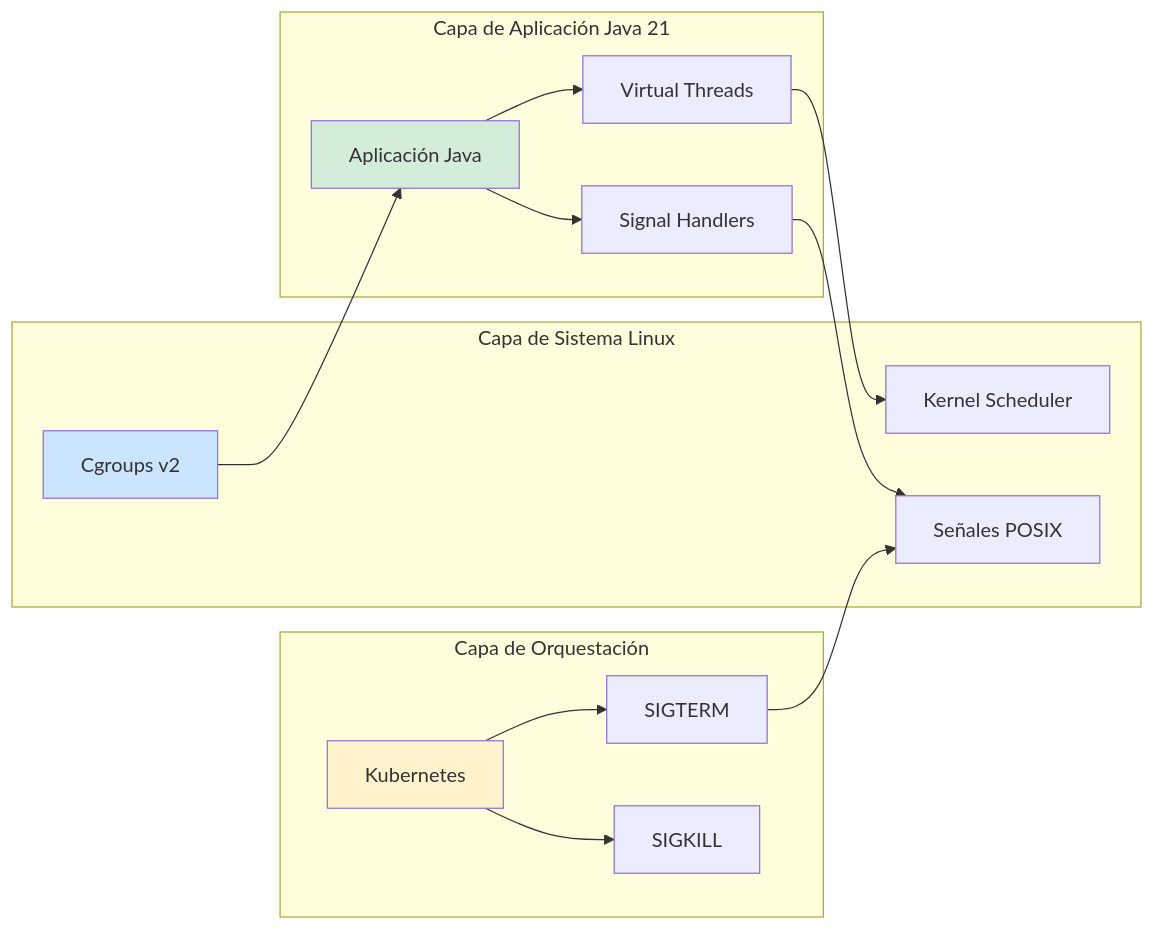
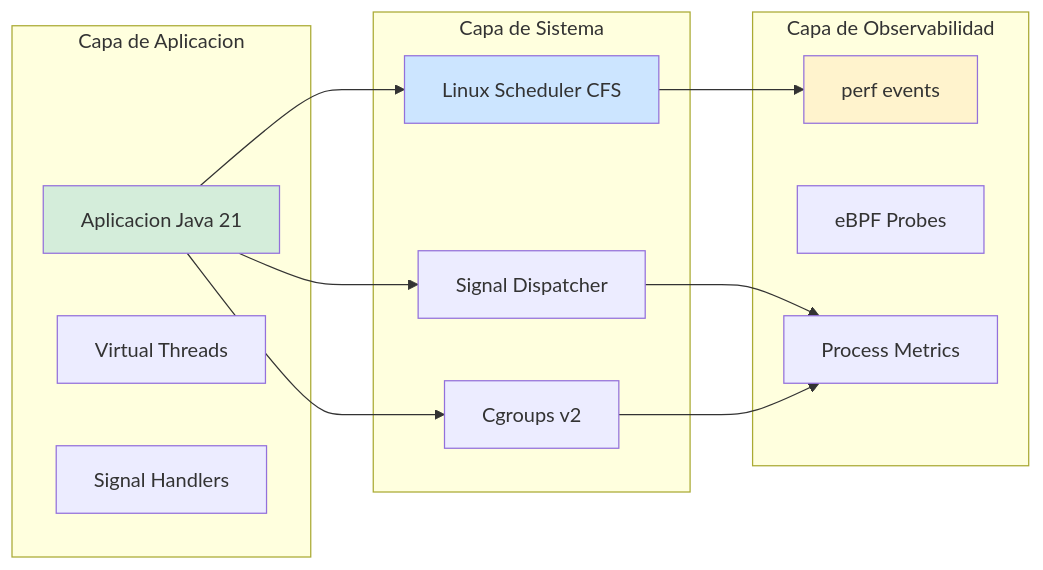
The second of 4 diagrams in 05_SRE_DevOps/linux_gestion_avanzada_de_procesos_scheduling_y_senales_en_sistemas_productivos_STAFF.md (Joaquinriosheredia/DAM-Java-Mastery), drawn with Mermaid before and after one commit. The commit also changed other lines of this file, not shown here.

Commit message:
linux_gestion_avanzada_de_procesos_scheduling_y_senales_en_sistemas_productivos_STAFF.md

````diff
--- a/05_SRE_DevOps/linux_gestion_avanzada_de_procesos_scheduling_y_senales_en_sistemas_productivos_STAFF.md
+++ b/05_SRE_DevOps/linux_gestion_avanzada_de_procesos_scheduling_y_senales_en_sistemas_productivos_STAFF.md
@@ -105,33 +145,32 @@
 ```mermaid
 graph LR
-    subgraph "Capa de Aplicación Java 21"
-        APP[Aplicación Java]
+    subgraph "Capa de Aplicacion"
+        APP[Aplicacion Java 21]
         VT[Virtual Threads]
         SH[Signal Handlers]
     end
     
-    subgraph "Capa de Sistema Linux"
-        CG[Cgroups v2]
-        SCHED[Kernel Scheduler]
-        SIG[Señales POSIX]
+    subgraph "Capa de Sistema"
+        SCHED[Linux Scheduler CFS]
+        SIGNALS[Signal Dispatcher]
+        CGROUPS[Cgroups v2]
     end
     
-    subgraph "Capa de Orquestación"
-        K8S[Kubernetes]
-        TERM[SIGTERM]
-        KILL[SIGKILL]
+    subgraph "Capa de Observabilidad"
+        PERF[perf events]
+        EBPF[eBPF Probes]
+        METRICS[Process Metrics]
     end
     
-    APP --> VT
-    APP --> SH
-    VT --> SCHED
-    SH --> SIG
-    K8S --> TERM
-    K8S --> KILL
-    TERM --> SIG
-    CG --> APP
+    APP --> SCHED
+    APP --> SIGNALS
+    APP --> CGROUPS
+    
+    SCHED --> PERF
+    SIGNALS --> METRICS
+    CGROUPS --> METRICS
     
     style APP fill:#d4edda
-    style CG fill:#cce5ff
-    style K8S fill:#fff3cd
+    style SCHED fill:#cce5ff
+    style PERF fill:#fff3cd
 ```
````
